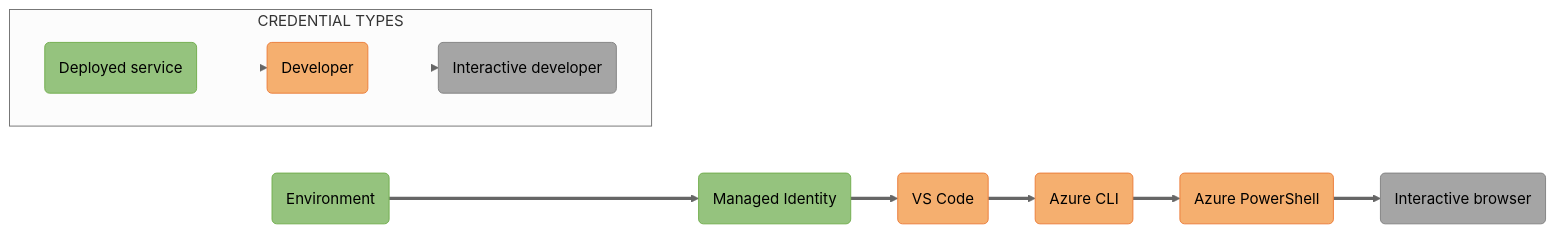
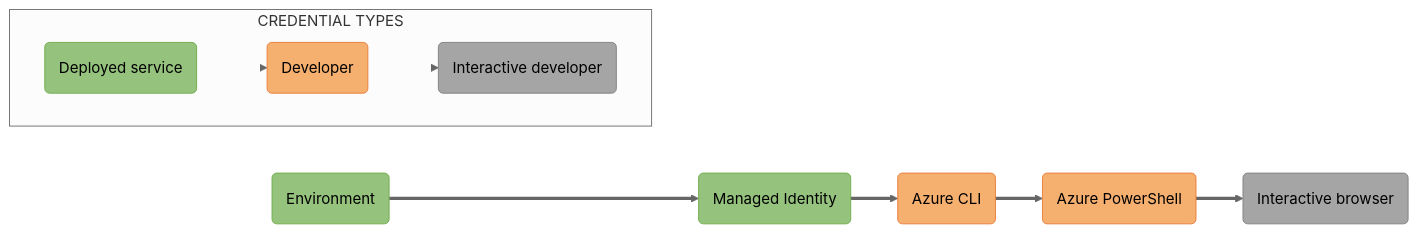
Before and after one commit to Azure/azure-sdk-for-python: the diagram in sdk/identity/azure-identity/images/mermaidjs/DefaultAzureCredentialAuthFlow.md, drawn with Mermaid (neutral theme). The commit also changed 4 other files, not shown here.

````diff
--- a/sdk/identity/azure-identity/images/mermaidjs/DefaultAzureCredentialAuthFlow.md
+++ b/sdk/identity/azure-identity/images/mermaidjs/DefaultAzureCredentialAuthFlow.md
@@ -1,31 +1,30 @@
 ```mermaid
 %% STEPS TO GENERATE IMAGE
 %% =======================
 %% 1. Install mermaid CLI (see https://github.com/mermaid-js/mermaid-cli/blob/master/README.md)
 %% 2. Run command: mmdc -i DefaultAzureCredentialAuthFlow.md -o DefaultAzureCredentialAuthFlow.svg
 
 flowchart LR;
-    A(Environment):::deployed ==> B(Managed Identity):::deployed ==> C(VS Code):::developer ==> D(Azure CLI):::developer ==> E(Azure PowerShell):::developer ==> F(Interactive browser):::interactive;
+    A(Environment):::deployed ==> B(Managed Identity):::deployed ==> C(Azure CLI):::developer ==> D(Azure PowerShell):::developer ==> E(Interactive browser):::interactive;
 
     subgraph CREDENTIAL TYPES;
         direction LR;
         Deployed(Deployed service):::deployed ==> Developer(Developer):::developer ==> Interactive(Interactive developer):::interactive;
 
         %% Hide links between boxes in the legend by setting width to 0. The integers after "linkStyle" represent link indices.
+        linkStyle 4 stroke-width:0px;
         linkStyle 5 stroke-width:0px;
-        linkStyle 6 stroke-width:0px;
     end;
 
     %% Define styles for credential type boxes
     classDef deployed fill:#95C37E, stroke:#71AD4C;
     classDef developer fill:#F5AF6F, stroke:#EB7C39;
     classDef interactive fill:#A5A5A5, stroke:#828282;
 
     %% Add API ref links to credential type boxes
     click A "https://docs.microsoft.com/python/api/azure-identity/azure.identity.environmentcredential?view=azure-python" _blank;
     click B "https://docs.microsoft.com/python/api/azure-identity/azure.identity.managedidentitycredential?view=azure-python" _blank;
-    click C "https://docs.microsoft.com/python/api/azure-identity/azure.identity.visualstudiocodecredential?view=azure-python" _blank;
-    click D "https://docs.microsoft.com/python/api/azure-identity/azure.identity.azureclicredential?view=azure-python" _blank;
-    click E "https://docs.microsoft.com/python/api/azure-identity/azure.identity.azurepowershellcredential?view=azure-python" _blank;
-    click F "https://docs.microsoft.com/python/api/azure-identity/azure.identity.interactivebrowsercredential?view=azure-python" _blank;
+    click C "https://docs.microsoft.com/python/api/azure-identity/azure.identity.azureclicredential?view=azure-python" _blank;
+    click D "https://docs.microsoft.com/python/api/azure-identity/azure.identity.azurepowershellcredential?view=azure-python" _blank;
+    click E "https://docs.microsoft.com/python/api/azure-identity/azure.identity.interactivebrowsercredential?view=azure-python" _blank;
 ```
````
